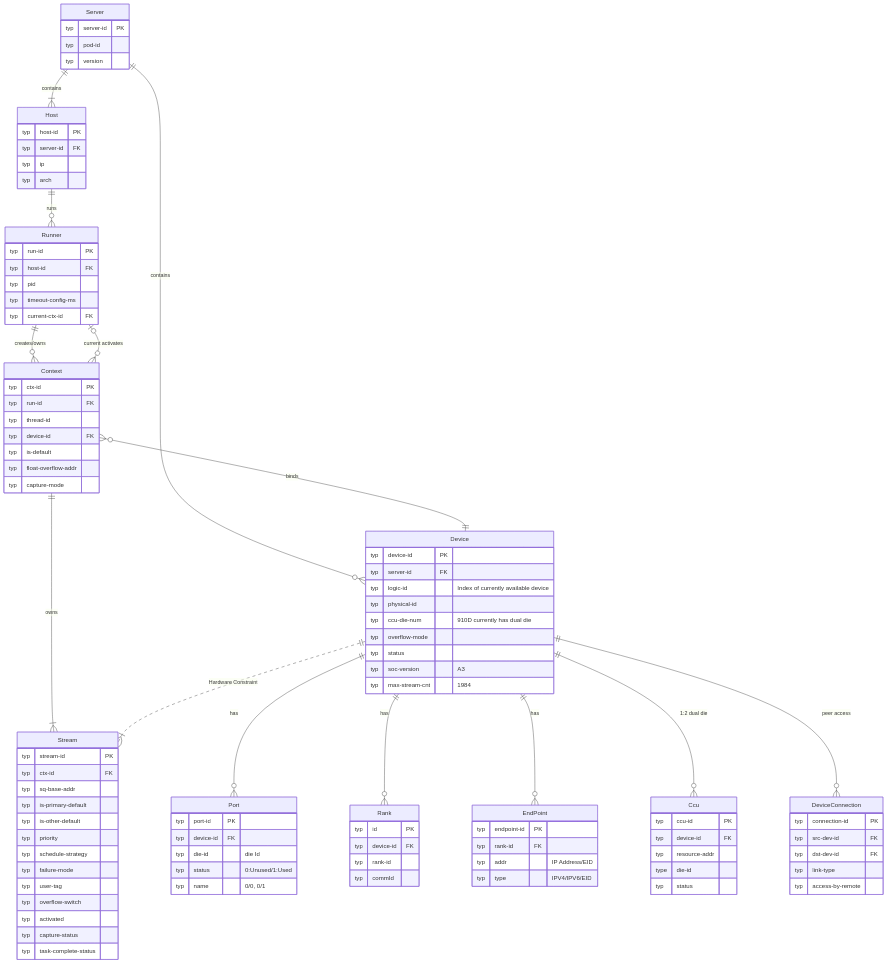
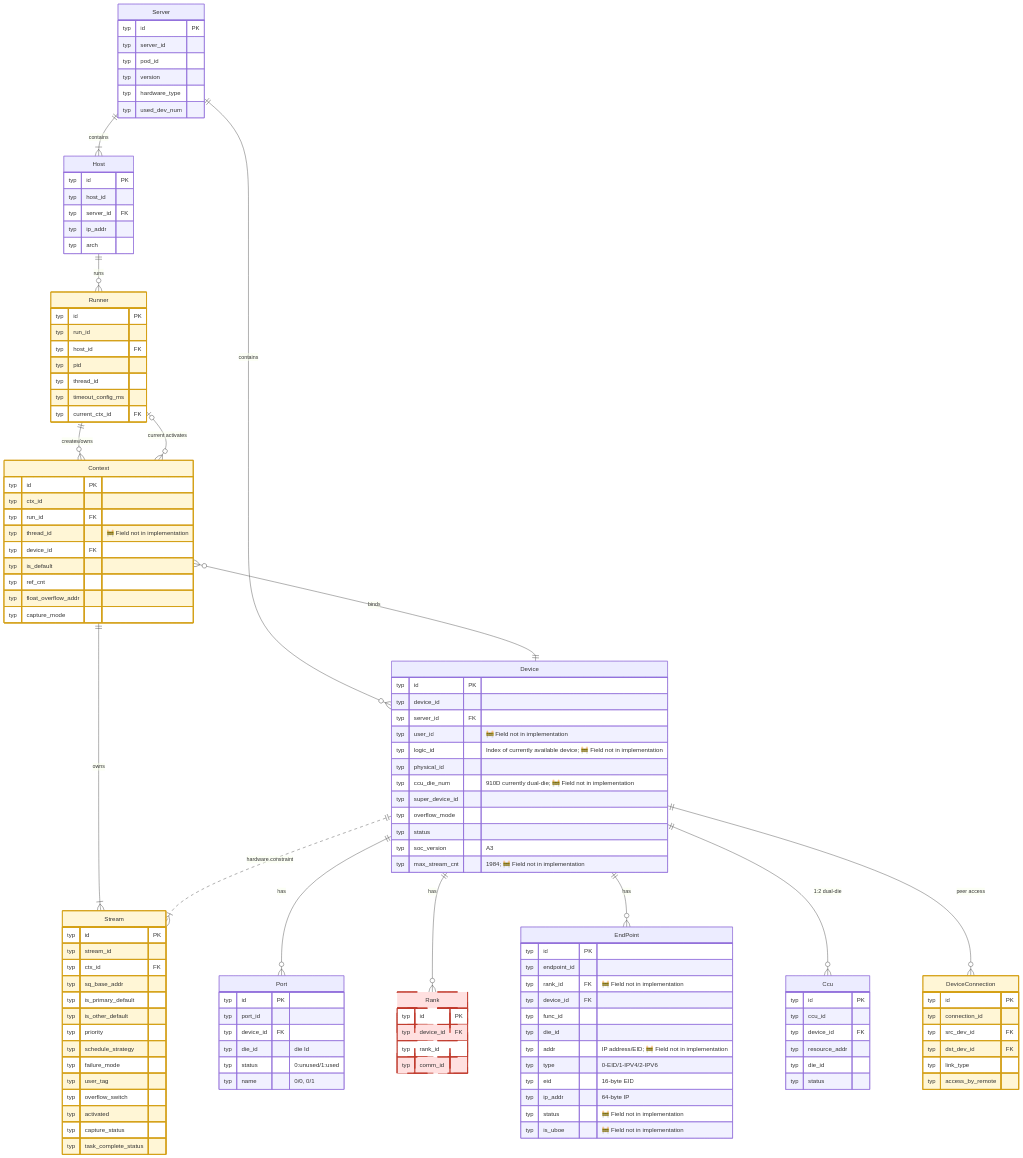
Before and after one commit to Fengfengst123/hcomm-mirror: the third of 19 diagrams in test/hccl_vm/docs/simulator_runner_data_model_en.md, drawn with Mermaid. The commit also changed other lines of this file and 701 other files, not shown here.

````diff
--- a/test/hccl_vm/docs/simulator_runner_data_model_en.md
+++ b/test/hccl_vm/docs/simulator_runner_data_model_en.md
@@ -124,29 +179,38 @@
 erDiagram
     %% ==========================================
     %% Layer 1: Physical Topology Layer (Server -> Host/Device)
+    %% 🧠 Process-private candidate: Context / Stream / DeviceConnection (only accessed by src/proxy, cmd only dumps)
     %% ==========================================
     Server {
-        typ server-id PK
-        typ pod-id
+        typ id PK
+        typ server_id
+        typ pod_id
         typ version
+        typ hardware_type
+        typ used_dev_num
     }
     Host {
-        typ host-id PK
-        typ server-id FK
-        typ ip
+        typ id PK
+        typ host_id
+        typ server_id FK
+        typ ip_addr
         typ arch
     }
     Device {
-        typ device-id PK
-        typ server-id FK
-        typ logic-id "Index of currently available device"
-        typ physical-id
-        typ ccu-die-num "910D currently has dual die"
-        typ overflow-mode
+        typ id PK
+        typ device_id
+        typ server_id FK
+        typ user_id "🚧 Field not in implementation"
+        typ logic_id "Index of currently available device; 🚧 Field not in implementation"
+        typ physical_id
+        typ ccu_die_num "910D currently dual-die; 🚧 Field not in implementation"
+        typ super_device_id
+        typ overflow_mode
         typ status
-        typ soc-version "A3"
-        typ max-stream-cnt "1984"
+        typ soc_version "A3"
+        typ max_stream_cnt "1984; 🚧 Field not in implementation"
     }
+    %% Implementation has no ccu_die_num (die count see §3.2); max_stream_cnt is a capability value (aclrt_stream_stub.cc:287)
     Server ||--|{ Host : contains
     Server ||--o{ Device : contains
 
@@ -154,82 +218,105 @@
     %% Layer 2: Process and Context Layer (Runner -> Context -> Stream)
     %% ==========================================
     Runner {
-        typ run-id PK
-        typ host-id FK
+        typ id PK
+        typ run_id
+        typ host_id FK
         typ pid
-        typ timeout-config-ms
-        typ current-ctx-id FK
+        typ thread_id
+        typ timeout_config_ms
+        typ current_ctx_id FK
     }
     Context {
-        typ ctx-id PK
-        typ run-id FK
-        typ thread-id
-        typ device-id FK
-        typ is-default
-        typ float-overflow-addr
-        typ capture-mode
+        typ id PK
+        typ ctx_id
+        typ run_id FK
+        typ thread_id "🚧 Field not in implementation"
+        typ device_id FK
+        typ is_default
+        typ ref_cnt
+        typ float_overflow_addr
+        typ capture_mode
     }
+    %% Context implementation has no thread_id (thread field is Runner.thread_id); ref_cnt is the implemented reference count
     Stream {
-        typ stream-id PK
-        typ ctx-id FK
-        typ sq-base-addr
-        typ is-primary-default
-        typ is-other-default
+        typ id PK
+        typ stream_id
+        typ ctx_id FK
+        typ sq_base_addr
+        typ is_primary_default
+        typ is_other_default
         typ priority
-        typ schedule-strategy
-        typ failure-mode
-        typ user-tag
-        typ overflow-switch
+        typ schedule_strategy
+        typ failure_mode
+        typ user_tag
+        typ overflow_switch
         typ activated
-        typ capture-status
-        typ task-complete-status
+        typ capture_status
+        typ task_complete_status
     }
     Host ||--o{ Runner : runs
     Runner ||--o{ Context : "creates/owns"
     Runner |o--o{ Context : "current activates"
     Context }o--|| Device : binds
     Context ||--|{ Stream : owns
-    Device ||..|{ Stream : "Hardware Constraint"
+    Device ||..|{ Stream : "hardware constraint"
 
     %% ==========================================
     %% Layer 3: Device Internal Resource Layer (Port/EndPoint/Ccu)
     %% ==========================================
     Port {
-        typ port-id PK
-        typ device-id FK
-        typ die-id "die Id"
-        typ status "0:Unused/1:Used"
+        typ id PK
+        typ port_id
+        typ device_id FK
+        typ die_id "die Id"
+        typ status "0:unused/1:used"
         typ name "0/0, 0/1"
     }
     Rank {
         typ id PK
-        typ device-id FK
-        typ rank-id
-        typ commId
+        typ device_id FK
+        typ rank_id
+        typ comm_id
     }
     EndPoint {
-        typ endpoint-id PK
-        typ rank-id FK
-        typ addr "IP Address/EID"
-        typ type "IPV4/IPV6/EID"
+        typ id PK
+        typ endpoint_id
+        typ rank_id FK "🚧 Field not in implementation"
+        typ device_id FK
+        typ func_id
+        typ die_id
+        typ addr "IP address/EID; 🚧 Field not in implementation"
+        typ type "0-EID/1-IPV4/2-IPV6"
+        typ eid "16-byte EID"
+        typ ip_addr "64-byte IP"
+        typ status "🚧 Field not in implementation"
+        typ is_uboe "🚧 Field not in implementation"
     }
     Ccu {
-        typ ccu-id PK
-        typ device-id FK
-        typ resource-addr
-        type die-id
+        typ id PK
+        typ ccu_id
+        typ device_id FK
+        typ resource_addr
+        typ die_id
         typ status
     }
     DeviceConnection {
-        typ connection-id PK
-        typ src-dev-id FK
-        typ dst-dev-id FK
-        typ link-type
-        typ access-by-remote
+        typ id PK
+        typ connection_id
+        typ src_dev_id FK
+        typ dst_dev_id FK
+        typ link_type
+        typ access_by_remote
     }
     Device ||--o{ Port : "has"
     Device ||--o{ Rank : "has"
     Device ||--o{ EndPoint : "has"
-    Device ||--o{ Ccu : "1:2 dual die"
+    Device ||--o{ Ccu : "1:2 dual-die"
     Device ||--o{ DeviceConnection : "peer access"
+
+    %% Legend: 🟥 Unimplemented (no entity with same name in entire repo) 🟨 Process-private/dump-access only No color Has cross-process consumption
+    classDef unimplemented fill:#ffe0e0,stroke:#c0392b,stroke-width:2px,stroke-dasharray:5 3
+    classDef inproc fill:#fff6d6,stroke:#d4a017,stroke-width:2px
+    class Rank unimplemented
+    class Runner,Context,Stream,DeviceConnection inproc
 ```
````
